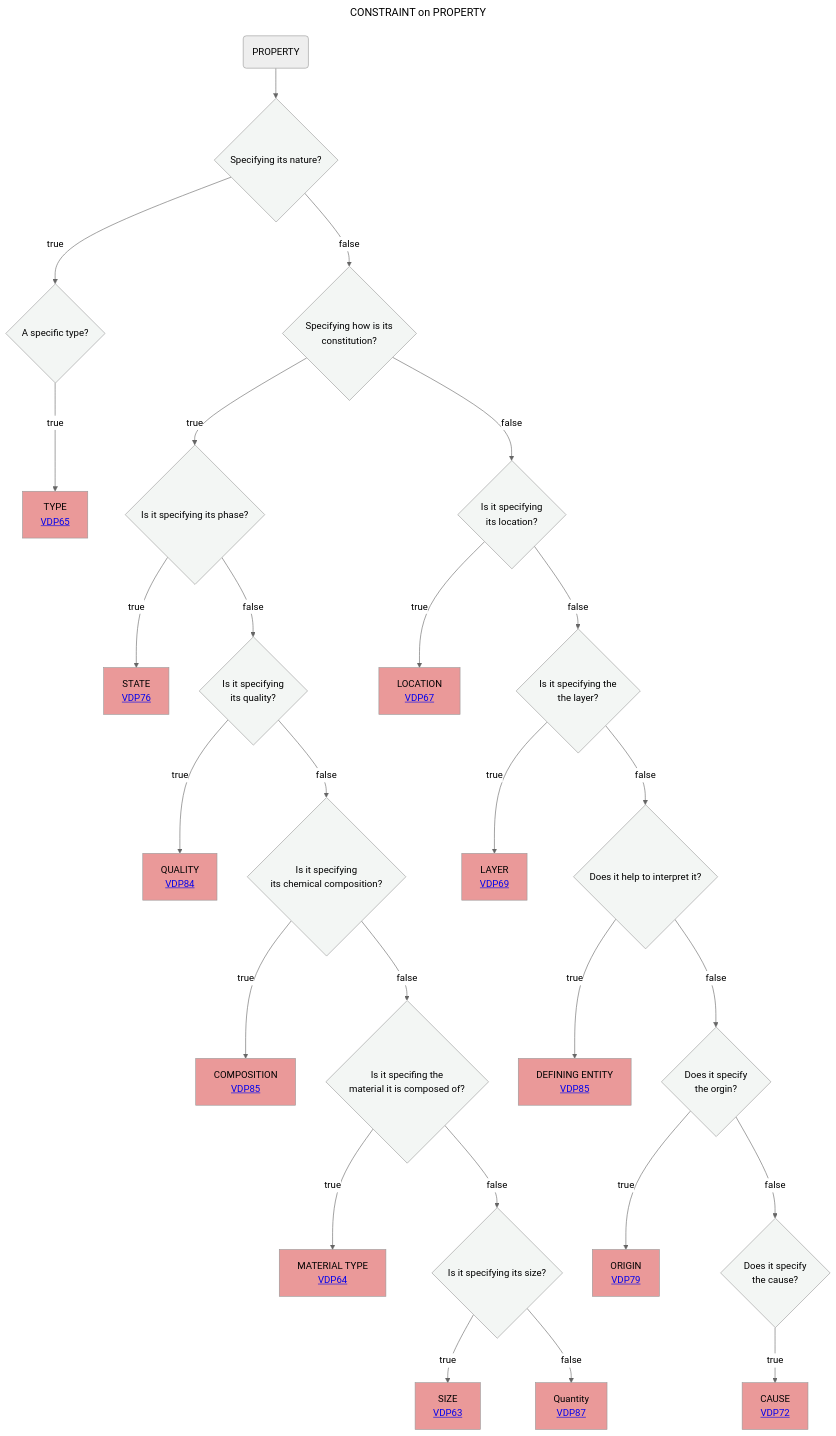
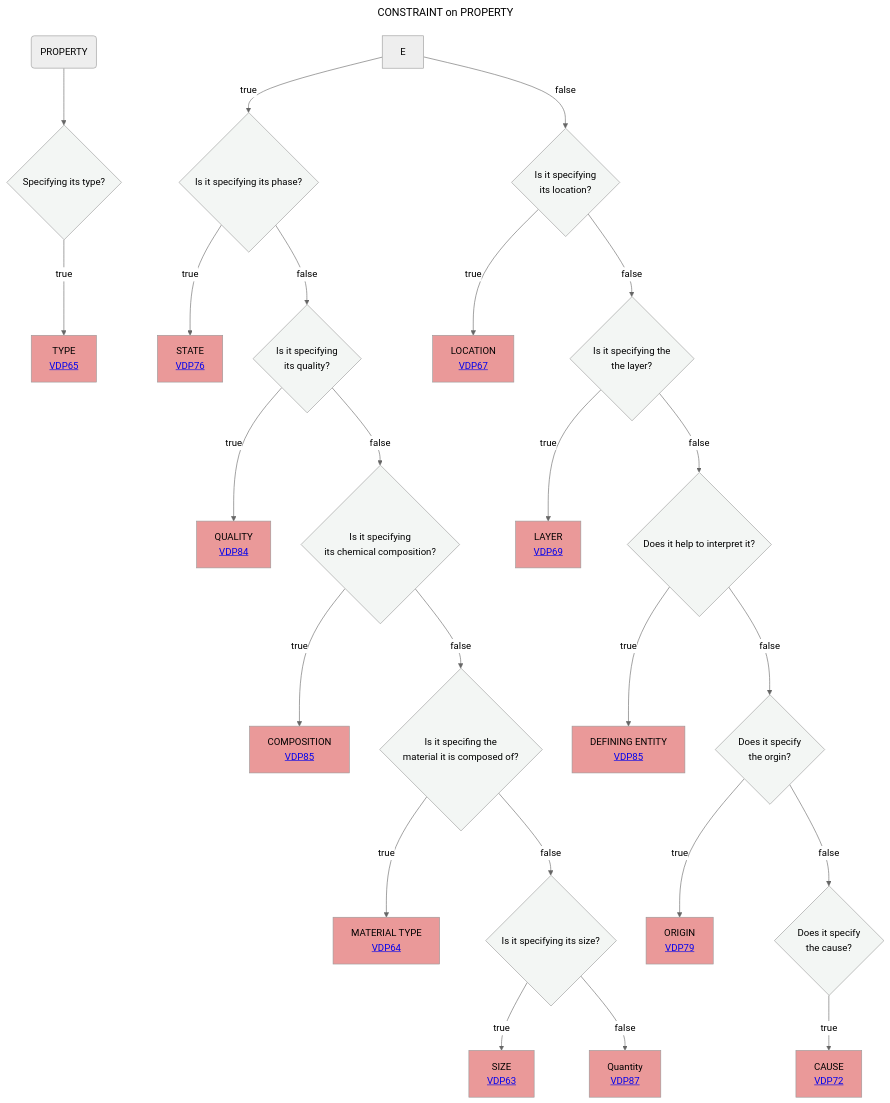
One commit to mabablue/I-ADOPT-patterns-playground changed the diagram in Decisition_trees/DT9.mmd. Above: the diagram before and after it, drawn with Mermaid (neutral theme).

```diff
--- a/Decisition_trees/DT9.mmd
+++ b/Decisition_trees/DT9.mmd
@@ -1,34 +1,32 @@
 ---
 title: CONSTRAINT on PROPERTY
 ---
 flowchart TD
-    A(PROPERTY)  --> AB{Specifying its nature?}:::white
-    AB --> |true|B{A specific type?}:::white
-    AB --> |false|E{Specifying how is its <br> constitution?}:::white
+    A(PROPERTY)  --> B{Specifying its type?}:::white
     B --> |true|C[TYPE <br> <a href='https://github.com/mabablue/I-ADOPT-patterns-playground/blob/main/pattern/VDP65.yaml'>VDP65</a>]:::rose
     E --> |true|G{Is it specifying its phase?}:::white
     E --> |false|R{Is it specifying <br> its location?}:::white
     G --> |true|H[STATE <br> <a href='https://github.com/mabablue/I-ADOPT-patterns-playground/blob/main/pattern/VDP76.yaml'>VDP76</a>]:::rose
     G --> |false|I{Is it specifying <br> its quality?}:::white
     I --> |true|K[QUALITY <br> <a href='https://github.com/mabablue/I-ADOPT-patterns-playground/blob/main/pattern/VDP84.yaml'>VDP84</a>]:::rose
     I --> |false|L{Is it specifying <br> its chemical composition?}:::white
     L --> |true|M[COMPOSITION <br> <a href='https://github.com/mabablue/I-ADOPT-patterns-playground/blob/main/pattern/VDP85.yaml'>VDP85</a>]:::rose
     L --> |false|N{Is it specifing the <br> material it is composed of?}:::white
     N --> |true|O[MATERIAL TYPE <br> <a href='https://github.com/mabablue/I-ADOPT-patterns-playground/blob/main/pattern/VDP64.yaml'>VDP64</a>]:::rose
     N --> |false|P{Is it specifying its size?}:::white
     P --> |true|Q[SIZE <br> <a href='https://github.com/mabablue/I-ADOPT-patterns-playground/blob/main/pattern/VDP63.yaml'>VDP63</a>]:::rose
     P --> |false|QR[Quantity <br> <a href='https://github.com/mabablue/I-ADOPT-patterns-playground/blob/main/pattern/VDP87.yaml'>VDP87</a>]:::rose 
     R --> |true|S[LOCATION <br> <a href='https://github.com/mabablue/I-ADOPT-patterns-playground/blob/main/pattern/VDP67.yaml'>VDP67</a>]:::rose 
     R --> |false|T{Is it specifying the <br> the layer?}:::white
     T --> |true|U[LAYER <br> <a href='https://github.com/mabablue/I-ADOPT-patterns-playground/blob/main/pattern/VDP69.yaml'>VDP69</a>]:::rose
     T --> |false|V{Does it help to interpret it?}:::white
     V --> |true|W[DEFINING ENTITY <br> <a href='https://github.com/mabablue/I-ADOPT-patterns-playground/blob/main/pattern/VDP85.yaml'>VDP85</a>]:::rose
     V --> |false|VW{Does it specify <br> the orgin?}:::white
     VW --> |true|WV[ORIGIN <br> <a href='https://github.com/mabablue/I-ADOPT-patterns-playground/blob/main/pattern/VDP79.yaml'>VDP79</a>]:::rose
     VW --> |false|X{Does it specify <br> the cause?}:::white
     X --> |true|Y[CAUSE <br> <a href='https://github.com/mabablue/I-ADOPT-patterns-playground/blob/main/pattern/VDP72.yaml'>VDP72</a>]:::rose
    classDef blue fill:#90D5FF
    classDef satblue fill:#57B9FF 
    classDef white fill:#f3f6f4
    classDef green fill:#6aa84f
    classDef rose fill:#ea9999
```
